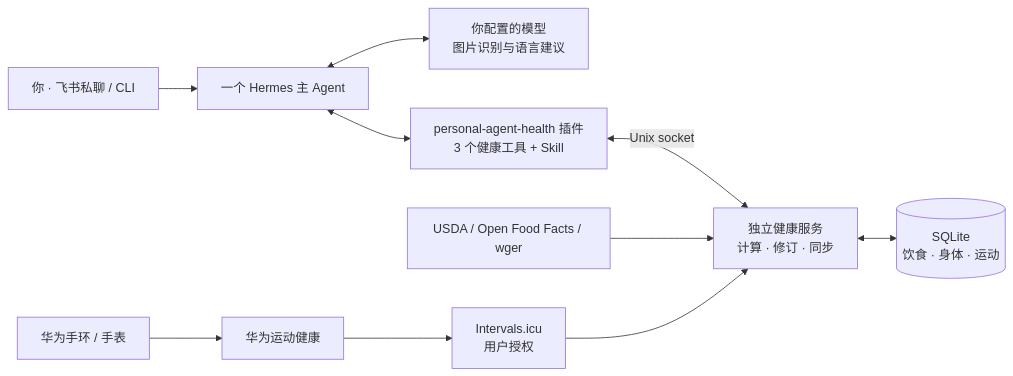
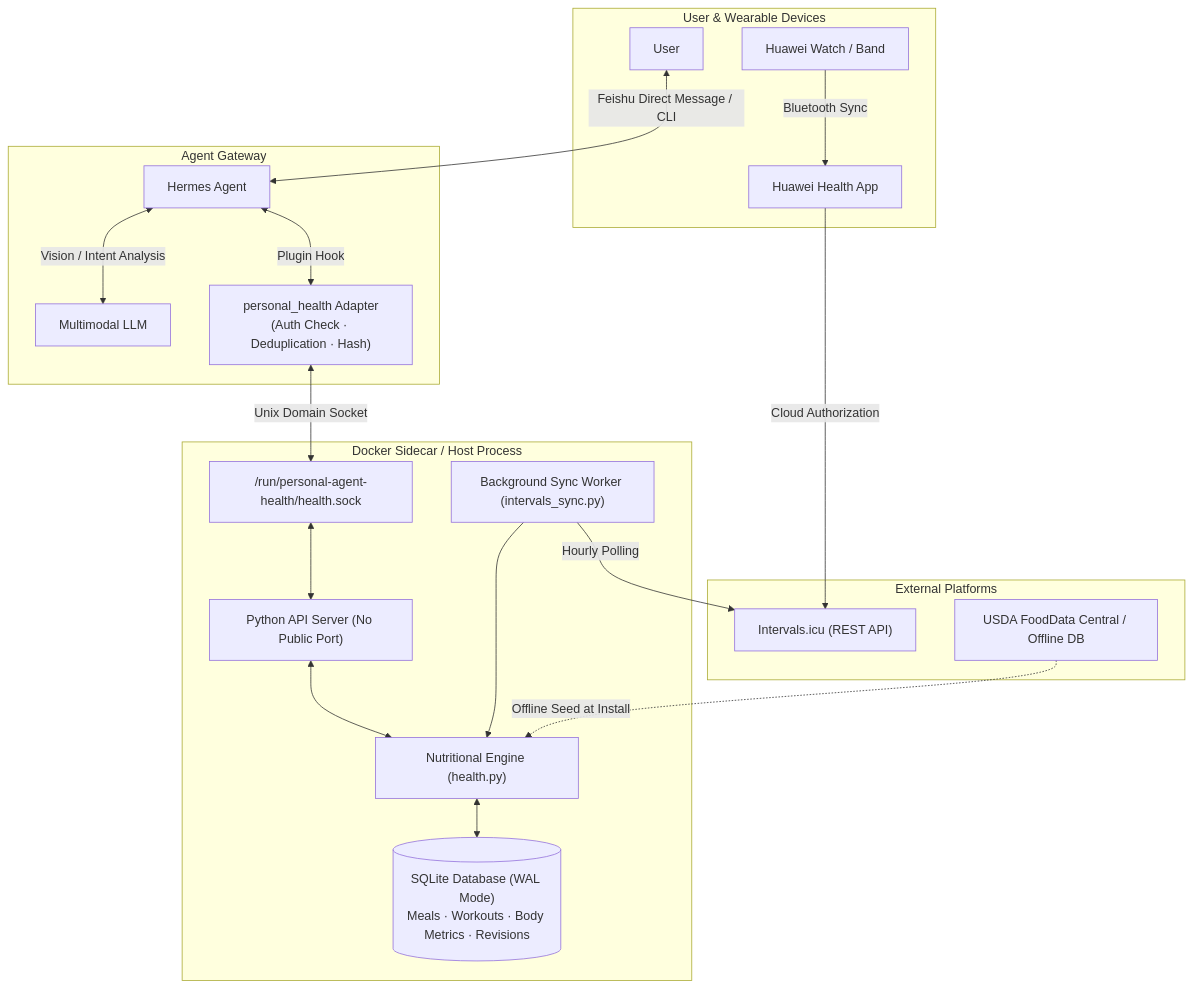
Before and after one commit to hkwc1002/personal-agent-health: the diagram in README.md, drawn with Mermaid. The commit also changed other lines of this file and 2 other files, not shown here.

````diff
--- a/README.md
+++ b/README.md
@@ -95,12 +65,31 @@
 ```mermaid
-flowchart LR
-  U["你 · 飞书私聊 / CLI"] --> H["一个 Hermes 主 Agent"]
-  H <--> M["你配置的模型<br/>图片识别与语言建议"]
-  H <--> P["personal-agent-health 插件<br/>3 个健康工具 + Skill"]
-  P <-->|Unix socket| S["独立健康服务<br/>计算 · 修订 · 同步"]
-  S <--> D[("SQLite<br/>饮食 · 身体 · 运动")]
-  F["USDA / Open Food Facts / wger"] --> S
-  W["华为手环 / 手表"] --> HW["华为运动健康"]
-  HW --> I["Intervals.icu<br/>用户授权"]
-  I --> S
+flowchart TD
+    subgraph User & Wearable Devices
+        User["User"]
+        Watch["Huawei Watch / Band"]
+        Watch -->|Bluetooth Sync| HuaweiApp["Huawei Health App"]
+    end
+
+    subgraph External Platforms
+        HuaweiApp -->|Cloud Authorization| Intervals["Intervals.icu (REST API)"]
+        USDA["USDA FoodData Central / Offline DB"]
+    end
+
+    subgraph Agent Gateway
+        User <-->|Feishu Direct Message / CLI| Hermes["Hermes Agent"]
+        Hermes <-->|Vision / Intent Analysis| VisionLLM["Multimodal LLM"]
+        Hermes <-->|Plugin Hook| Plugin["personal_health Adapter<br/>(Auth Check · Deduplication · Hash)"]
+    end
+
+    subgraph Local Health Service [Docker Sidecar / Host Process]
+        Plugin <-->|Unix Domain Socket| Socket["/run/personal-agent-health/health.sock"]
+        Socket <--> Server["Python API Server (No Public Port)"]
+        
+        Server <--> Engine["Nutritional Engine (health.py)"]
+        SyncWorker["Background Sync Worker (intervals_sync.py)"] -->|Hourly Polling| Intervals
+        SyncWorker --> Engine
+        
+        Engine <--> SQLite[("SQLite Database (WAL Mode)<br/>Meals · Workouts · Body Metrics · Revisions")]
+        USDA -.->|Offline Seed at Install| Engine
+    end
 ```
````
